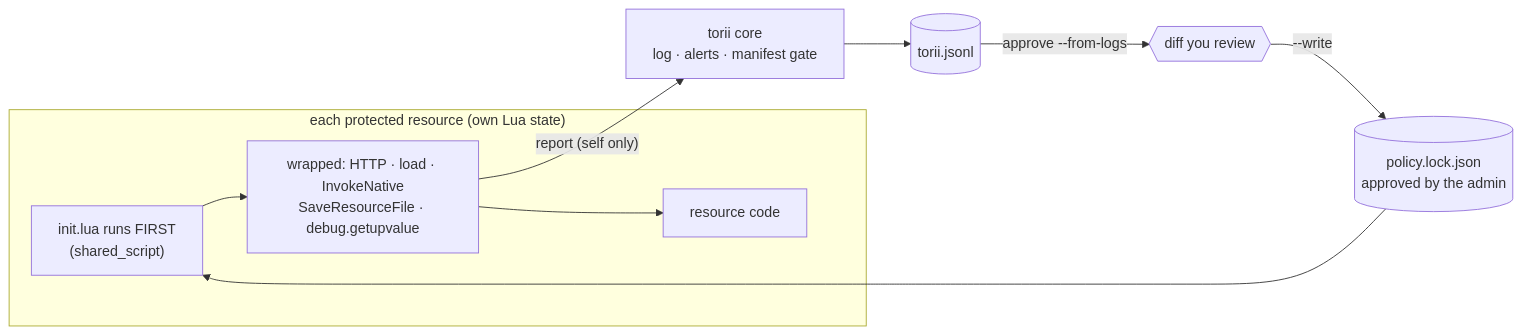
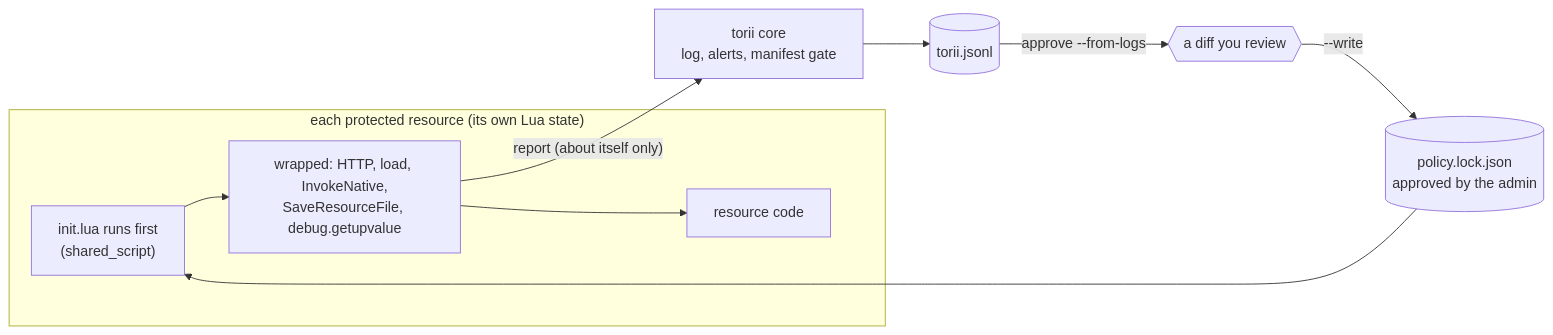
One commit to inari-suite-org/torii-fx changed the diagram in README.md. Above: the diagram before and after it, drawn with Mermaid. The commit also changed other lines of this file and 29 other files, not shown here.

````diff
--- a/README.md
+++ b/README.md
@@ -52,12 +46,12 @@
 ```mermaid
 flowchart LR
-    subgraph R["each protected resource (own Lua state)"]
-      I["init.lua runs FIRST<br/>(shared_script)"] --> W["wrapped: HTTP · load · InvokeNative<br/>SaveResourceFile · debug.getupvalue"]
+    subgraph R["each protected resource (its own Lua state)"]
+      I["init.lua runs first<br/>(shared_script)"] --> W["wrapped: HTTP, load, InvokeNative,<br/>SaveResourceFile, debug.getupvalue"]
       W --> C["resource code"]
     end
     L[("policy.lock.json<br/>approved by the admin")] --> I
-    W -->|"report (self only)"| K["torii core<br/>log · alerts · manifest gate"]
+    W -->|"report (about itself only)"| K["torii core<br/>log, alerts, manifest gate"]
     K --> J[("torii.jsonl")]
-    J -->|"approve --from-logs"| D{{"diff you review"}}
+    J -->|"approve --from-logs"| D{{"a diff you review"}}
     D -->|"--write"| L
 ```
````
